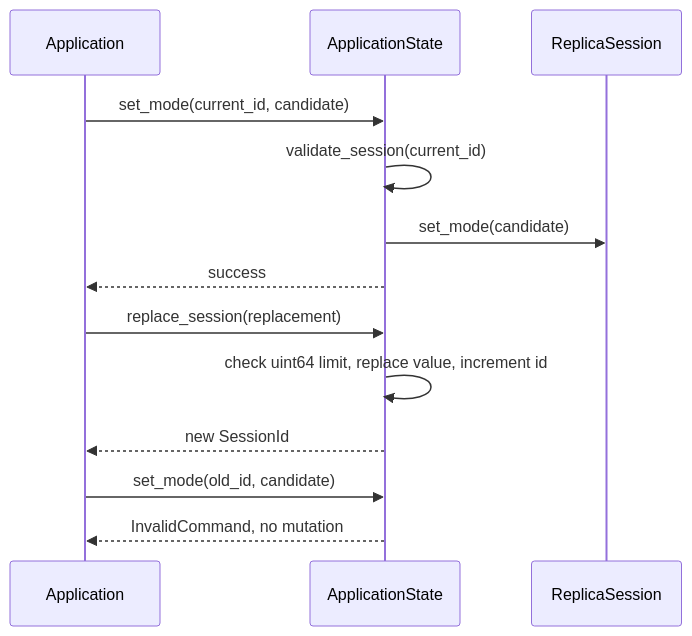
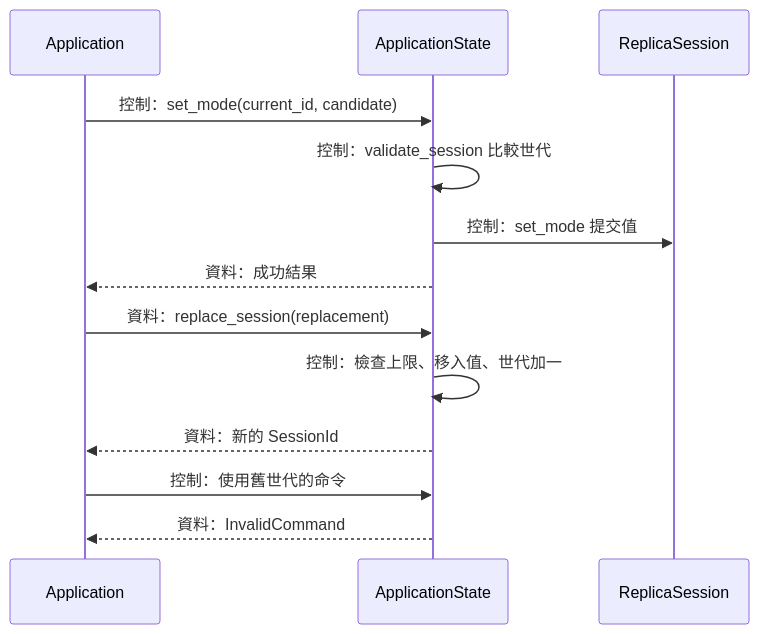
Before and after one commit to Mes0903/avb0795: the third of 7 diagrams in docs/architecture/core.md, drawn with Mermaid. The commit also changed other lines of this file and 156 other files, not shown here.

````diff
--- a/docs/architecture/core.md
+++ b/docs/architecture/core.md
@@ -43,15 +59,15 @@
 ```mermaid
 sequenceDiagram
     participant A as Application
     participant S as ApplicationState
     participant R as ReplicaSession
-    A->>S: set_mode(current_id, candidate)
-    S->>S: validate_session(current_id)
-    S->>R: set_mode(candidate)
-    S-->>A: success
-    A->>S: replace_session(replacement)
-    S->>S: check uint64 limit, replace value, increment id
-    S-->>A: new SessionId
-    A->>S: set_mode(old_id, candidate)
-    S-->>A: InvalidCommand, no mutation
+    A->>S: 控制：set_mode(current_id, candidate)
+    S->>S: 控制：validate_session 比較世代
+    S->>R: 控制：set_mode 提交值
+    S-->>A: 資料：成功結果
+    A->>S: 資料：replace_session(replacement)
+    S->>S: 控制：檢查上限、移入值、世代加一
+    S-->>A: 資料：新的 SessionId
+    A->>S: 控制：使用舊世代的命令
+    S-->>A: 資料：InvalidCommand
 ```
````
